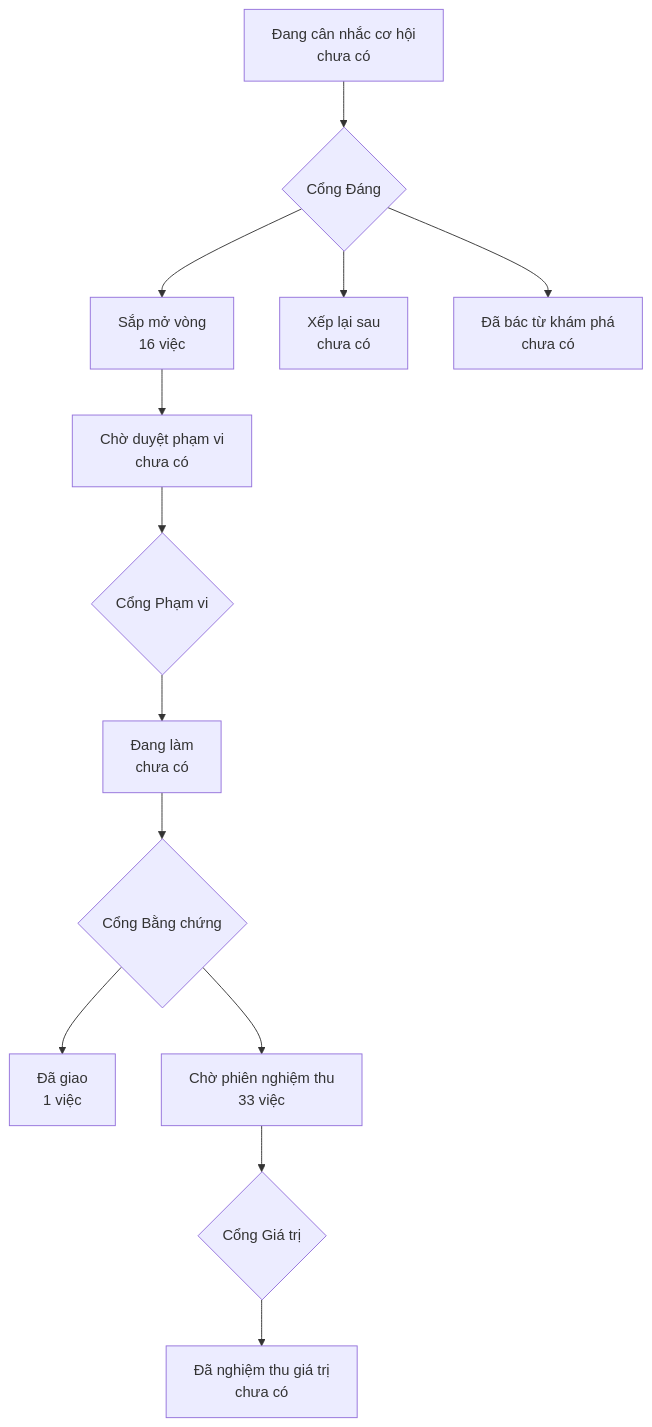
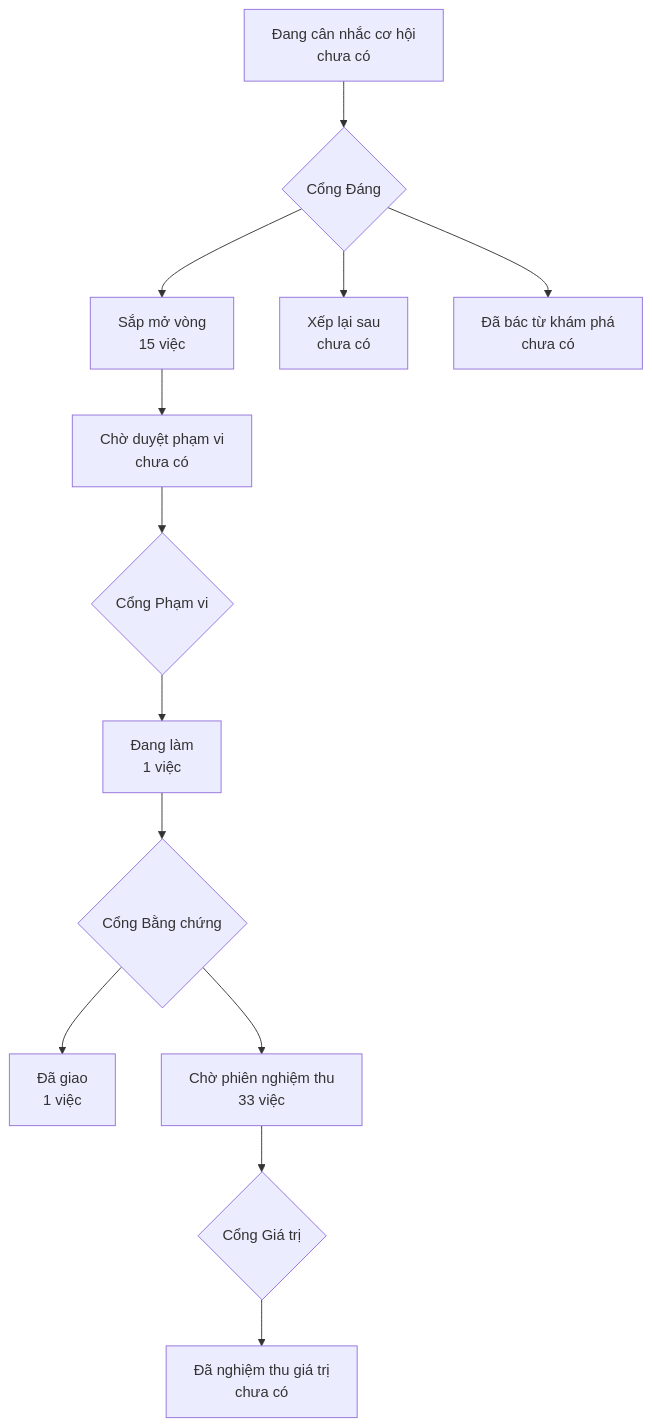
Before and after one commit to phanlemanh/onehub-inventory: the diagram in PRODUCT-MAP.md, drawn with Mermaid. The commit also changed other lines of this file and 3 other files, not shown here.

````diff
--- a/PRODUCT-MAP.md
+++ b/PRODUCT-MAP.md
@@ -7,12 +7,12 @@
 ```mermaid
 flowchart TD
   A["Đang cân nhắc cơ hội<br/>chưa có"] --> GD{"Cổng Đáng"}
-  GD --> B["Sắp mở vòng<br/>16 việc"]
+  GD --> B["Sắp mở vòng<br/>15 việc"]
   GD --> XL["Xếp lại sau<br/>chưa có"]
   GD --> DB["Đã bác từ khám phá<br/>chưa có"]
   B --> CD["Chờ duyệt phạm vi<br/>chưa có"] --> GP{"Cổng Phạm vi"}
-  GP --> DL["Đang làm<br/>chưa có"] --> GB{"Cổng Bằng chứng"}
+  GP --> DL["Đang làm<br/>1 việc"] --> GB{"Cổng Bằng chứng"}
   GB --> DG["Đã giao<br/>1 việc"]
   GB --> CN["Chờ phiên nghiệm thu<br/>33 việc"] --> GG{"Cổng Giá trị"}
   GG --> NT["Đã nghiệm thu giá trị<br/>chưa có"]
 ```
````
